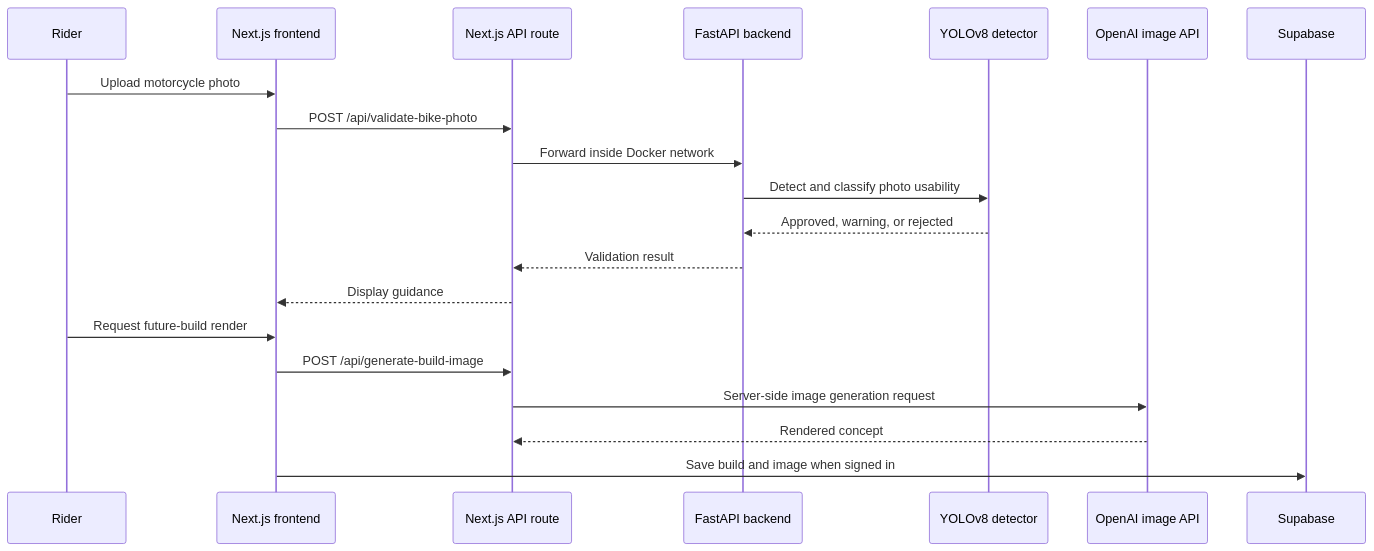
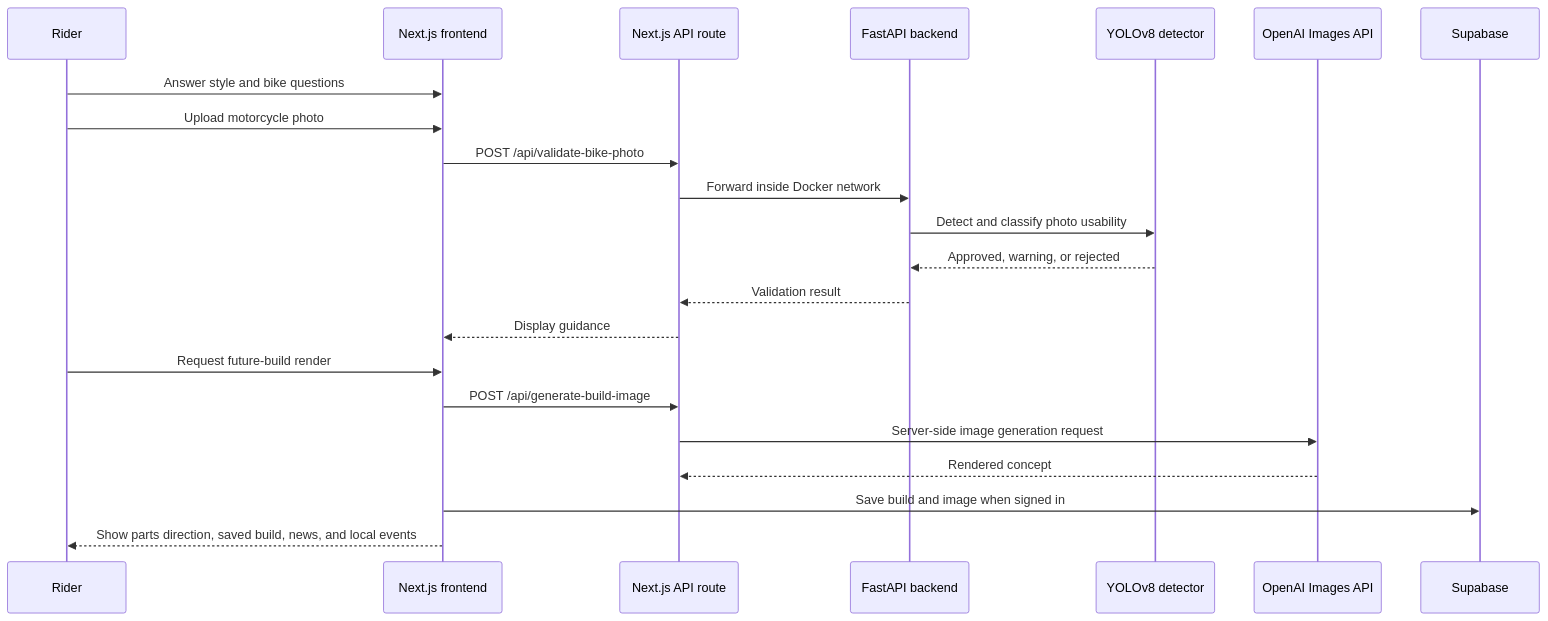
The second of 4 diagrams in docs/technical-case-study.md (hzzcoding/SlowChrome-Showcase), drawn with Mermaid before and after one commit. The commit also changed other lines of this file and 1 other file, not shown here.

````diff
--- a/docs/technical-case-study.md
+++ b/docs/technical-case-study.md
@@ -50,23 +53,25 @@
 ```mermaid
 sequenceDiagram
     participant U as Rider
     participant F as Next.js frontend
     participant N as Next.js API route
     participant B as FastAPI backend
     participant Y as YOLOv8 detector
-    participant O as OpenAI image API
+    participant O as OpenAI Images API
     participant S as Supabase
 
+    U->>F: Answer style and bike questions
     U->>F: Upload motorcycle photo
     F->>N: POST /api/validate-bike-photo
     N->>B: Forward inside Docker network
     B->>Y: Detect and classify photo usability
     Y-->>B: Approved, warning, or rejected
     B-->>N: Validation result
     N-->>F: Display guidance
     U->>F: Request future-build render
     F->>N: POST /api/generate-build-image
     N->>O: Server-side image generation request
     O-->>N: Rendered concept
     F->>S: Save build and image when signed in
+    F-->>U: Show parts direction, saved build, news, and local events
 ```
````
